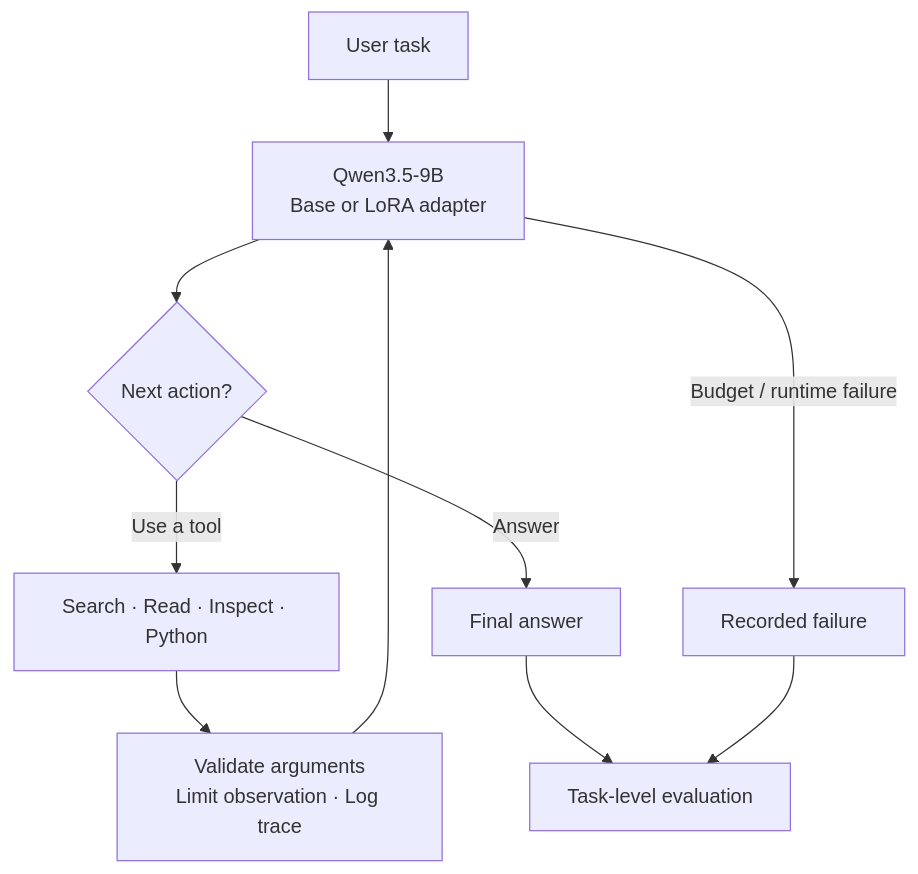
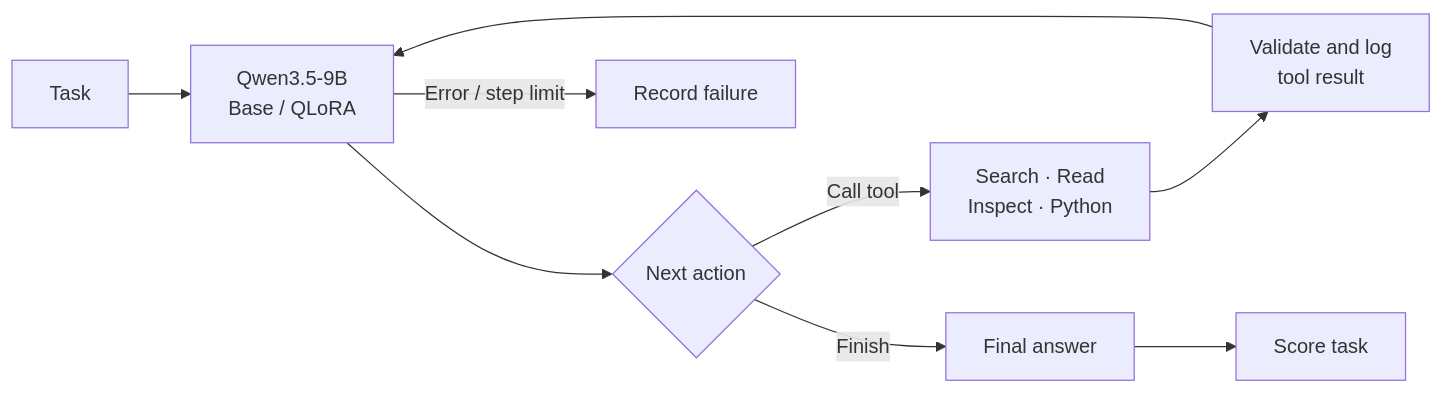
One commit to kolihhan/small-agent-qlora changed the diagram in README.md. Above: the diagram before and after it, drawn with Mermaid. The commit also changed other lines of this file, not shown here.

````diff
--- a/README.md
+++ b/README.md
@@ -69,12 +55,11 @@
 ```mermaid
-flowchart TD
-    Q["User task"] --> M["Qwen3.5-9B<br/>Base or LoRA adapter"]
-    M --> D{"Next action?"}
-    D -->|"Use a tool"| T["Search · Read · Inspect · Python"]
-    T --> G["Validate arguments<br/>Limit observation · Log trace"]
-    G --> M
-    D -->|"Answer"| F["Final answer"]
-    M -->|"Budget / runtime failure"| X["Recorded failure"]
-    F --> E["Task-level evaluation"]
-    X --> E
+flowchart LR
+    Q["Task"] --> M["Qwen3.5-9B<br/>Base / QLoRA"]
+    M --> A{"Next action"}
+    A -->|"Call tool"| T["Search · Read<br/>Inspect · Python"]
+    T --> O["Validate and log<br/>tool result"]
+    O --> M
+    A -->|"Finish"| F["Final answer"]
+    F --> S["Score task"]
+    M -->|"Error / step limit"| E["Record failure"]
 ```
````
